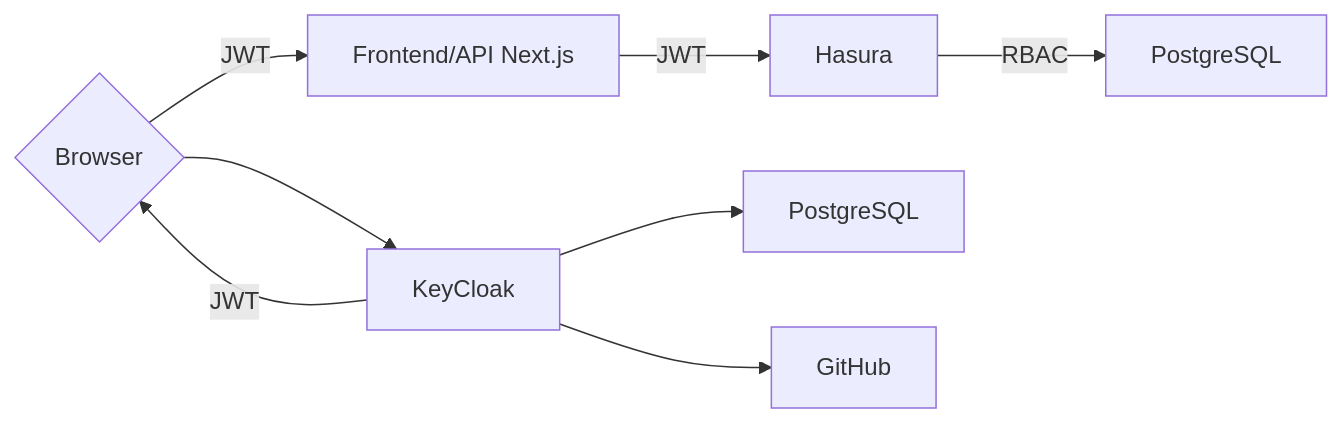
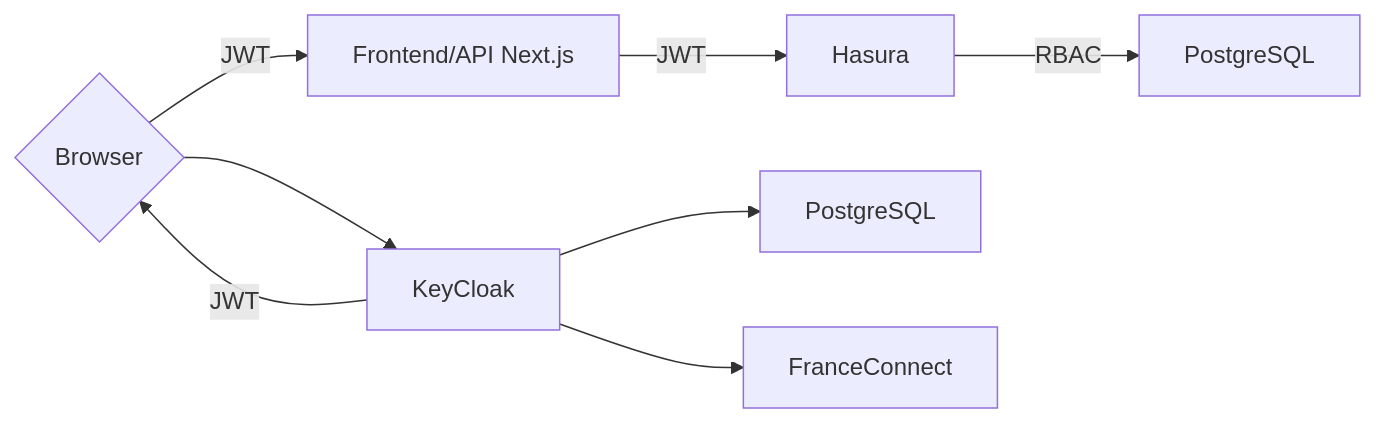
Before and after one commit to SocialGouv/template: the diagram in README.md, drawn with Mermaid. The commit also changed 1 other file, not shown here.

````diff
--- a/README.md
+++ b/README.md
@@ -97,10 +97,10 @@
 ```mermaid
 graph LR
 Browser{Browser}-->|JWT|Frontend[Frontend/API Next.js]
 Browser-->KeyCloak
 Frontend-->|JWT|Hasura
 KeyCloak-->PG1[PostgreSQL]
 KeyCloak-->|JWT|Browser
 Hasura-->|RBAC|PG2[PostgreSQL]
-KeyCloak-->GitHub
+KeyCloak-->FranceConnect
 ```
````
